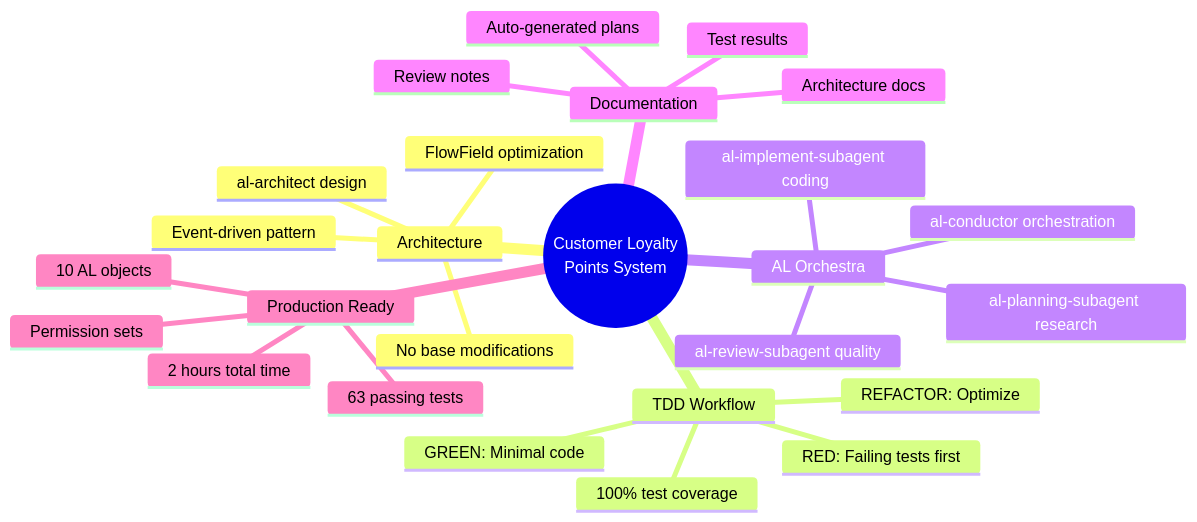
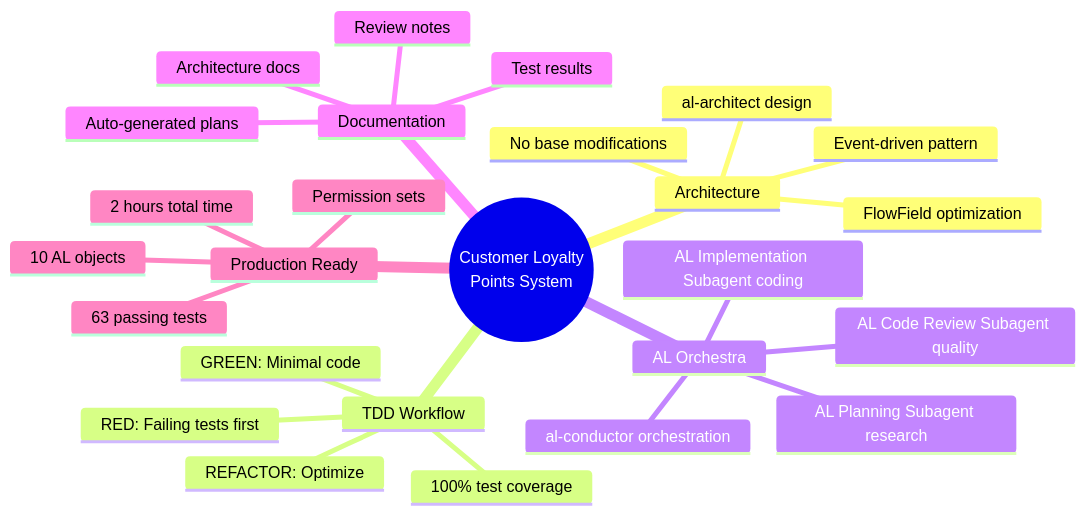
Before and after one commit to javiarmesto/ALDC-AL-Development-Collection: the third of 3 diagrams in docs/reproducible-example.md, drawn with Mermaid. The commit also changed other lines of this file and 36 other files, not shown here.

````diff
--- a/docs/reproducible-example.md
+++ b/docs/reproducible-example.md
@@ -412,29 +412,29 @@
 ```mermaid
 mindmap
   root((Customer Loyalty<br/>Points System))
     Architecture
       al-architect design
       Event-driven pattern
       No base modifications
       FlowField optimization
     TDD Workflow
       RED: Failing tests first
       GREEN: Minimal code
       REFACTOR: Optimize
       100% test coverage
     AL Orchestra
       al-conductor orchestration
-      al-planning-subagent research
-      al-implement-subagent coding
-      al-review-subagent quality
+      AL Planning Subagent research
+      AL Implementation Subagent coding
+      AL Code Review Subagent quality
     Documentation
       Auto-generated plans
       Architecture docs
       Test results
       Review notes
     Production Ready
       10 AL objects
       63 passing tests
       Permission sets
       2 hours total time
 ```
````
